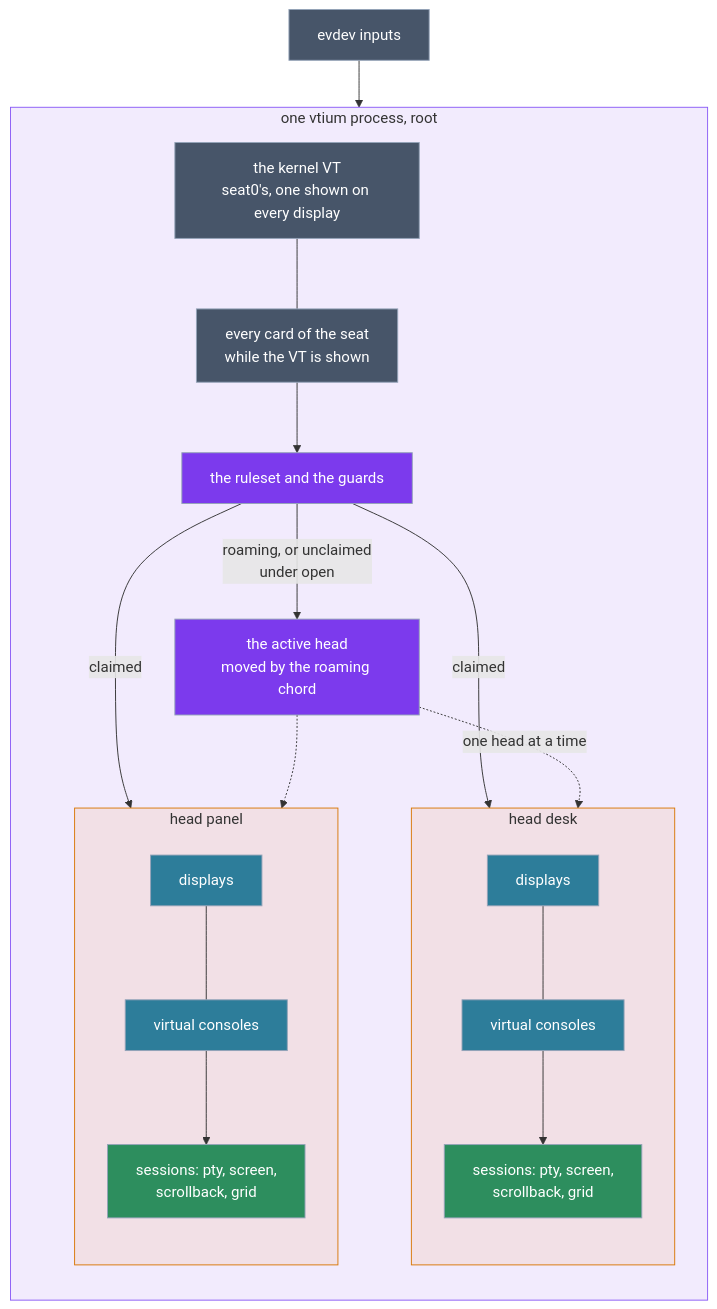
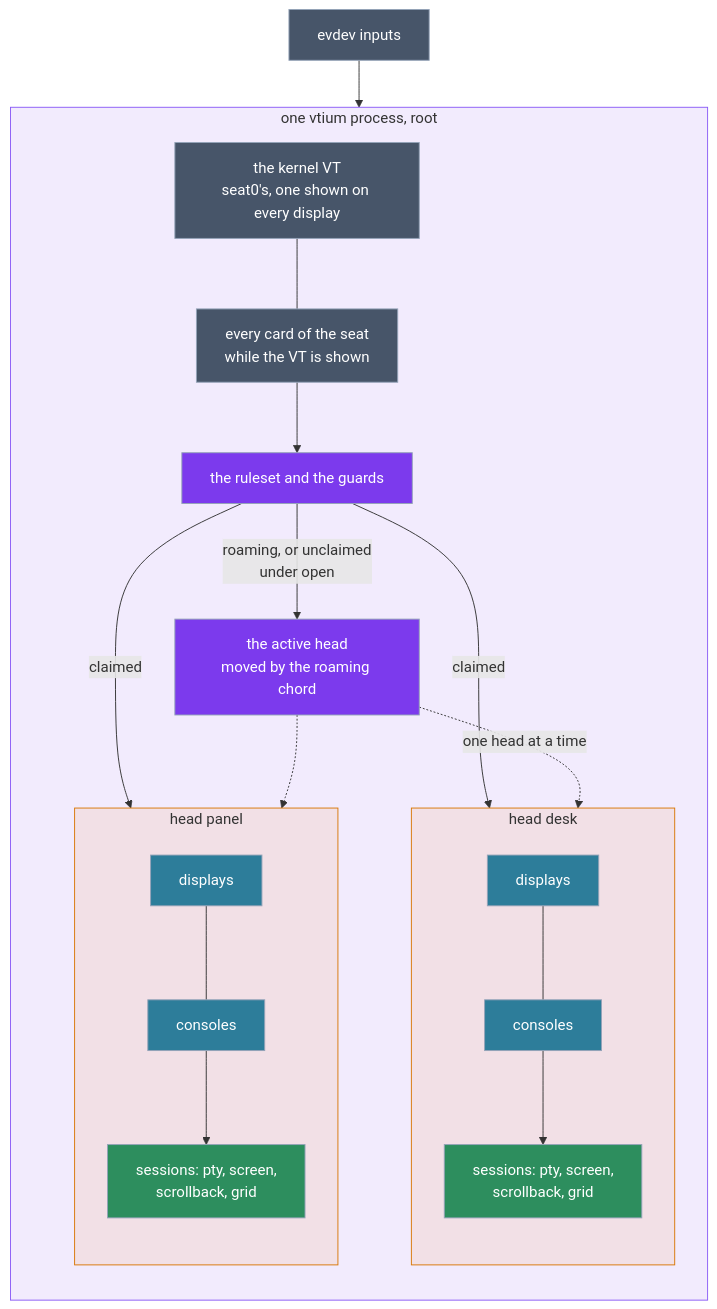
The first of 5 diagrams in docs/architecture/platform/ADR-1401-heads-a-terminal-per-physical-display-placed-by-a-first-match-ruleset.md (vtium/vtium), drawn with Mermaid before and after one commit. The commit also changed other lines of this file, not shown here.

````diff
--- a/docs/architecture/platform/ADR-1401-heads-a-terminal-per-physical-display-placed-by-a-first-match-ruleset.md
+++ b/docs/architecture/platform/ADR-1401-heads-a-terminal-per-physical-display-placed-by-a-first-match-ruleset.md
@@ -249,39 +252,39 @@
 ```mermaid
 flowchart TB
     subgraph PROC["one vtium process, root"]
         direction TB
         VT["the kernel VT<br>seat0's, one shown on every display"]
         CARDS["every card of the seat<br>while the VT is shown"]
         RULES["the ruleset and the guards"]
         subgraph H1["head desk"]
             direction TB
-            D1["displays"] --- C1["virtual consoles"]
+            D1["displays"] --- C1["consoles"]
             C1 --> S1["sessions: pty, screen,<br>scrollback, grid"]
         end
         subgraph H2["head panel"]
             direction TB
-            D2["displays"] --- C2["virtual consoles"]
+            D2["displays"] --- C2["consoles"]
             C2 --> S2["sessions: pty, screen,<br>scrollback, grid"]
         end
         FOCUS["the active head<br>moved by the roaming chord"]
     end
     INPUTS["evdev inputs"] --> RULES
     CARDS --> RULES
     VT --- CARDS
     RULES -->|"claimed"| H1
     RULES -->|"claimed"| H2
     RULES -->|"roaming, or unclaimed<br>under open"| FOCUS
     FOCUS -.->|"one head at a time"| H1
     FOCUS -.-> H2
     classDef core fill:#7c3aed,color:#ffffff,stroke:#94a3b8
     classDef step fill:#2d7d9a,color:#ffffff,stroke:#94a3b8
     classDef dev fill:#475569,color:#ffffff,stroke:#94a3b8
     classDef sess fill:#2d8e5e,color:#ffffff,stroke:#94a3b8
     class VT,CARDS,INPUTS dev
     class RULES,FOCUS core
     class D1,C1,D2,C2 step
     class S1,S2 sess
     style PROC fill:#7c3aed1a,stroke:#8b5cf6
     style H1 fill:#f6821f1a,stroke:#d97706
     style H2 fill:#f6821f1a,stroke:#d97706
 ```
````
